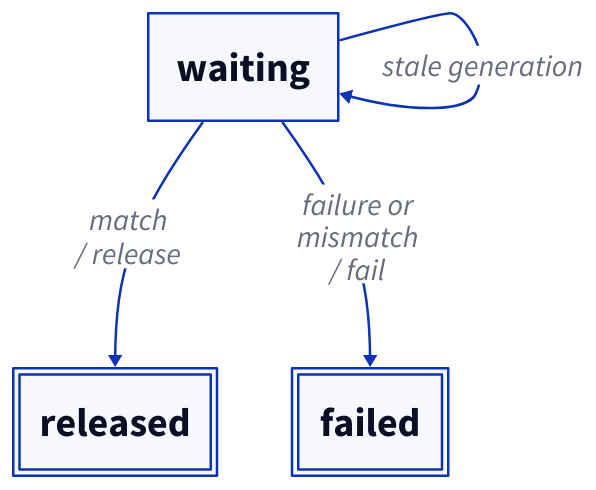
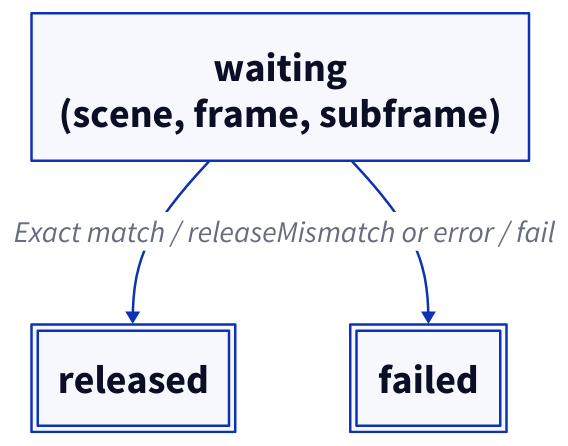
The diagram in products/perceptual-grade-book/docs/book/diagrams/08-render-preflight.d2 (rei277hz/chromaticity), drawn with D2 before and after one commit. The commit also changed 103 other files, not shown here.

```diff
--- a/products/perceptual-grade-book/docs/book/diagrams/08-render-preflight.d2
+++ b/products/perceptual-grade-book/docs/book/diagrams/08-render-preflight.d2
@@ -1,15 +1,14 @@
 direction: down
-waiting: "waiting"
+waiting: "waiting\n(scene, frame, subframe)"
 released: "released" {
   style.double-border: true
 }
 failed: "failed" {
   style.double-border: true
 }
 
-waiting -> released: "match\n/ release"
-waiting -> failed: "failure or\nmismatch\n/ fail"
-waiting -> waiting: "stale generation"
+waiting -> released: "Exact match / release"
+waiting -> failed: "Mismatch or error / fail"
 
 **.style.font-size: 32
 (** -> **)[*].style.font-size: 24
```
